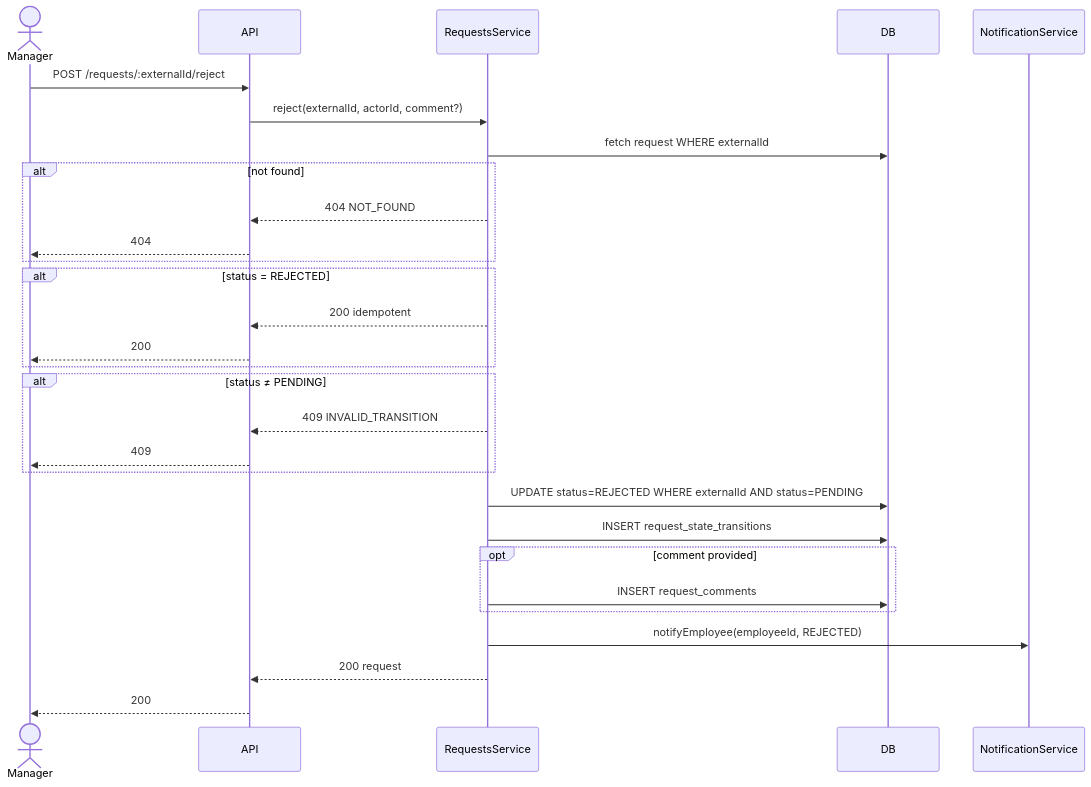
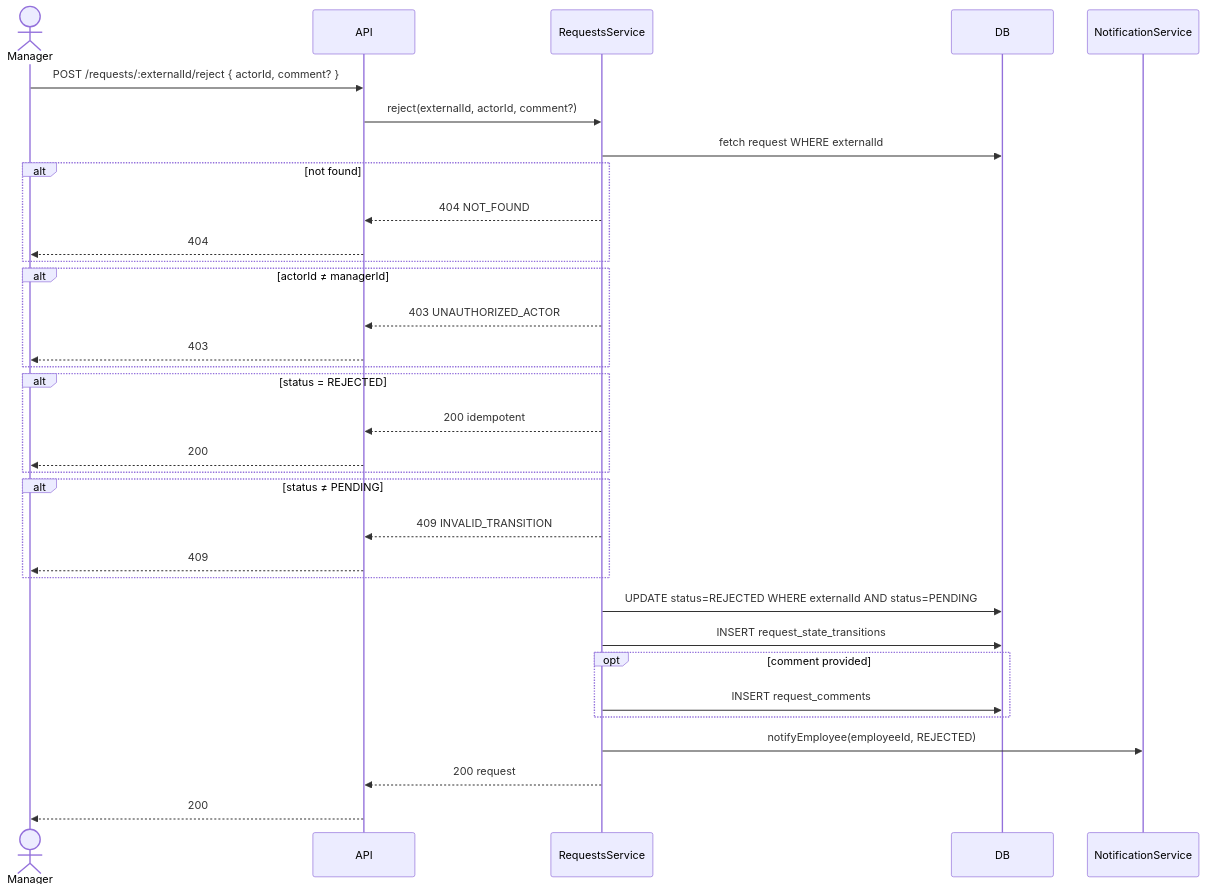
The sixth of 10 diagrams in docs/TRD.md (jayanth-veeravalli/time-off-service), drawn with Mermaid before and after one commit. The commit also changed other lines of this file and 111 other files, not shown here.

````diff
--- a/docs/TRD.md
+++ b/docs/TRD.md
@@ -762,31 +795,35 @@
 ```mermaid
 sequenceDiagram
     actor Manager
     participant API
     participant RequestsService
     participant DB
 
-    Manager->>API: POST /requests/:externalId/reject
+    Manager->>API: POST /requests/:externalId/reject { actorId, comment? }
     API->>RequestsService: reject(externalId, actorId, comment?)
     RequestsService->>DB: fetch request WHERE externalId
     alt not found
         RequestsService-->>API: 404 NOT_FOUND
         API-->>Manager: 404
+    end
+    alt actorId ≠ managerId
+        RequestsService-->>API: 403 UNAUTHORIZED_ACTOR
+        API-->>Manager: 403
     end
     alt status = REJECTED
         RequestsService-->>API: 200 idempotent
         API-->>Manager: 200
     end
     alt status ≠ PENDING
         RequestsService-->>API: 409 INVALID_TRANSITION
         API-->>Manager: 409
     end
     RequestsService->>DB: UPDATE status=REJECTED WHERE externalId AND status=PENDING
     RequestsService->>DB: INSERT request_state_transitions
     opt comment provided
         RequestsService->>DB: INSERT request_comments
     end
     RequestsService->>NotificationService: notifyEmployee(employeeId, REJECTED)
     RequestsService-->>API: 200 request
     API-->>Manager: 200
 ```
````
